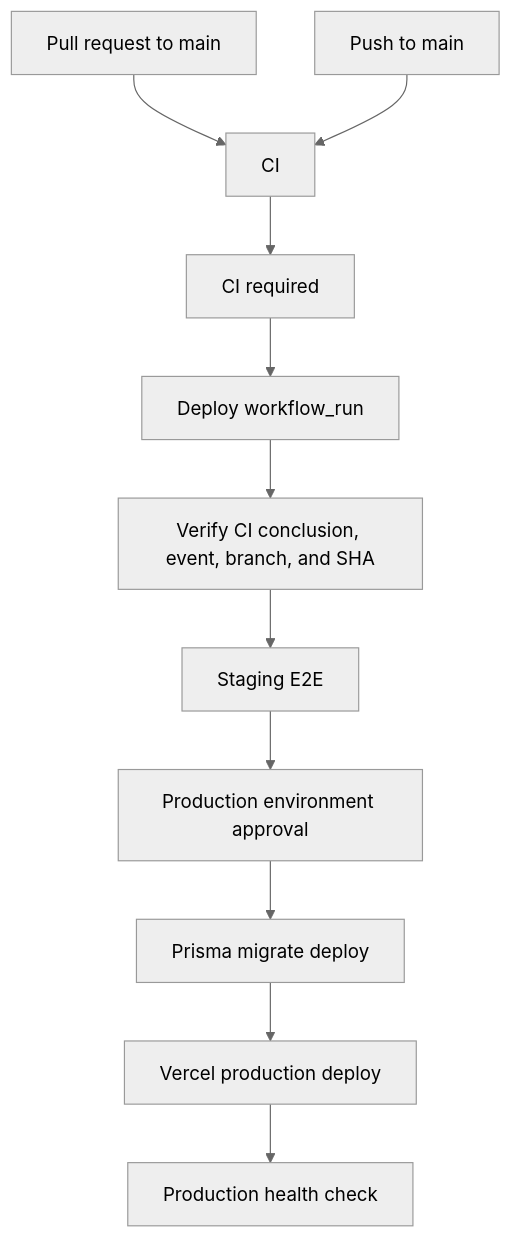
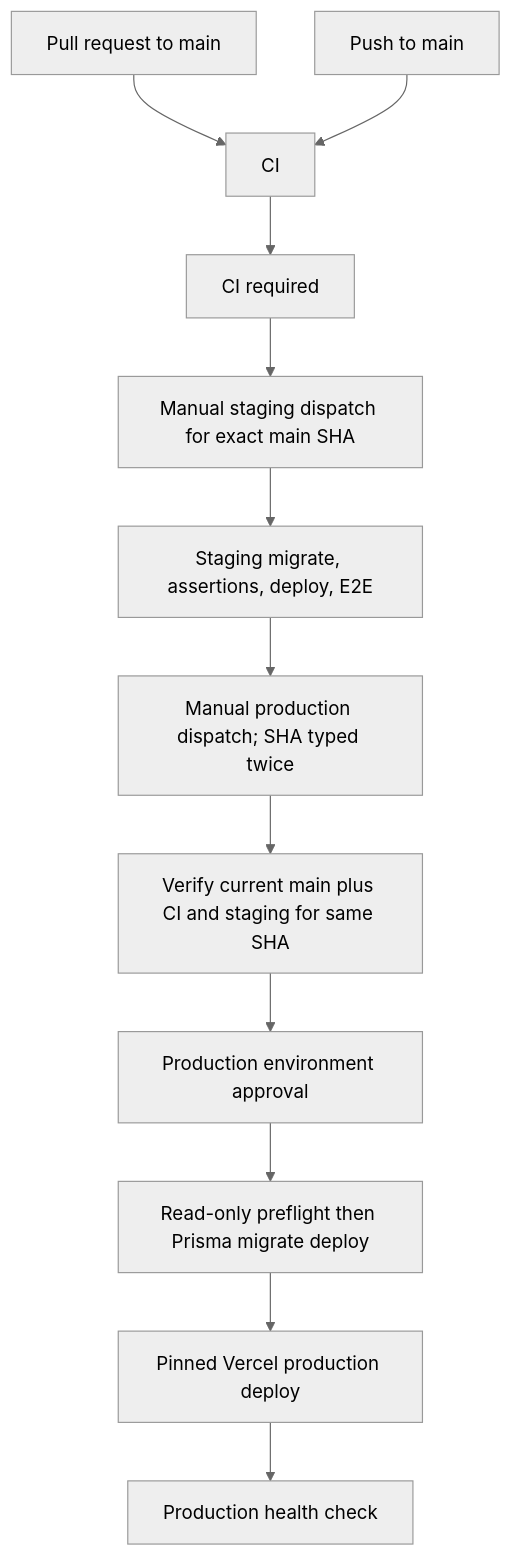
Before and after one commit to syveka/syveka-ai: the diagram in docs/ci-deployment-enforcement.md, drawn with Mermaid (neutral theme). The commit also changed other lines of this file and 19 other files, not shown here.

````diff
--- a/docs/ci-deployment-enforcement.md
+++ b/docs/ci-deployment-enforcement.md
@@ -66,13 +67,14 @@
 ```mermaid
 flowchart TD
   A["Pull request to main"] --> B["CI"]
   C["Push to main"] --> B
   B --> D["CI required"]
-  D --> E["Deploy workflow_run"]
-  E --> F["Verify CI conclusion, event, branch, and SHA"]
-  F --> G["Staging E2E"]
-  G --> H["Production environment approval"]
-  H --> I["Prisma migrate deploy"]
-  I --> J["Vercel production deploy"]
-  J --> K["Production health check"]
+  D --> E["Manual staging dispatch for exact main SHA"]
+  E --> F["Staging migrate, assertions, deploy, E2E"]
+  F --> G["Manual production dispatch; SHA typed twice"]
+  G --> H["Verify current main plus CI and staging for same SHA"]
+  H --> I["Production environment approval"]
+  I --> J["Read-only preflight then Prisma migrate deploy"]
+  J --> K["Pinned Vercel production deploy"]
+  K --> L["Production health check"]
 ```
````
